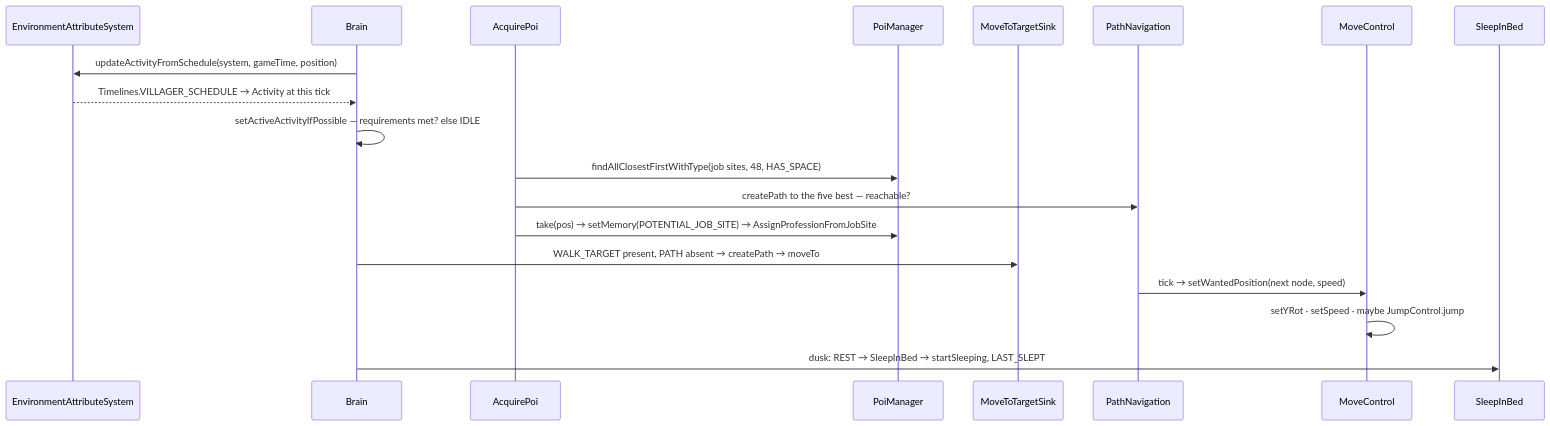
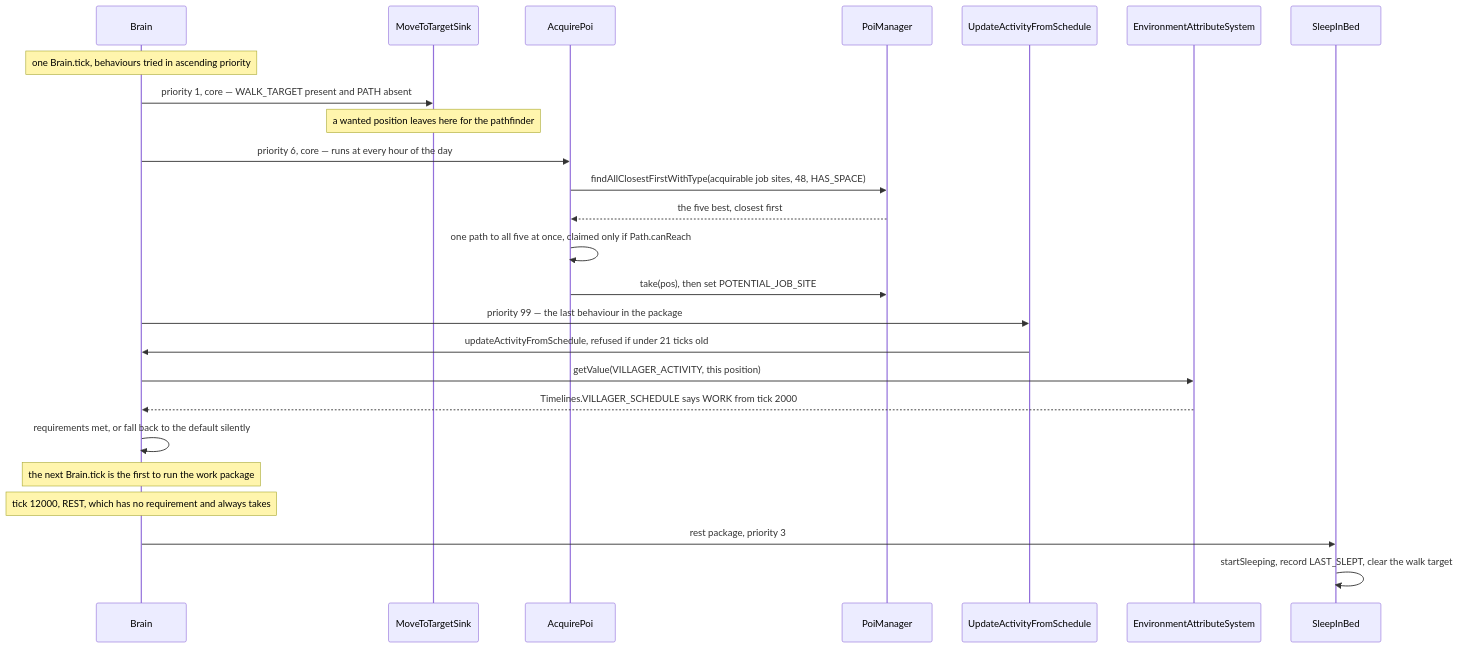
Before and after one commit to AlexanderjFraser/MinecraftDocs: the second of 2 diagrams in src/systems/entities/ai-goals-and-brains.md, drawn with Mermaid. The commit also changed other lines of this file and 22 other files, not shown here.

````diff
--- a/src/systems/entities/ai-goals-and-brains.md
+++ b/src/systems/entities/ai-goals-and-brains.md
@@ -197,22 +295,28 @@
 ```mermaid
 sequenceDiagram
-    participant EA as EnvironmentAttributeSystem
-    participant BR as Brain
+    participant Brain as Brain
+    participant MTS as MoveToTargetSink
     participant AP as AcquirePoi
     participant PM as PoiManager
-    participant MT as MoveToTargetSink
-    participant NAV as PathNavigation
-    participant MC as MoveControl
-    participant SB as SleepInBed
+    participant UAFS as UpdateActivityFromSchedule
+    participant EAS as EnvironmentAttributeSystem
+    participant SIB as SleepInBed
 
-    BR->>EA: updateActivityFromSchedule(system, gameTime, position)
-    EA-->>BR: Timelines.VILLAGER_SCHEDULE → Activity at this tick
-    BR->>BR: setActiveActivityIfPossible — requirements met? else IDLE
-    AP->>PM: findAllClosestFirstWithType(job sites, 48, HAS_SPACE)
-    AP->>NAV: createPath to the five best — reachable?
-    AP->>PM: take(pos) → setMemory(POTENTIAL_JOB_SITE) → AssignProfessionFromJobSite
-    BR->>MT: WALK_TARGET present, PATH absent → createPath → moveTo
-    NAV->>MC: tick → setWantedPosition(next node, speed)
-    MC->>MC: setYRot · setSpeed · maybe JumpControl.jump
-    BR->>SB: dusk: REST → SleepInBed → startSleeping, LAST_SLEPT
+    Note over Brain: one Brain.tick, behaviours tried in ascending priority
+    Brain->>MTS: priority 1, core — WALK_TARGET present and PATH absent
+    Note over MTS: a wanted position leaves here for the pathfinder
+    Brain->>AP: priority 6, core — runs at every hour of the day
+    AP->>PM: findAllClosestFirstWithType(acquirable job sites, 48, HAS_SPACE)
+    PM-->>AP: the five best, closest first
+    AP->>AP: one path to all five at once, claimed only if Path.canReach
+    AP->>PM: take(pos), then set POTENTIAL_JOB_SITE
+    Brain->>UAFS: priority 99 — the last behaviour in the package
+    UAFS->>Brain: updateActivityFromSchedule, refused if under 21 ticks old
+    Brain->>EAS: getValue(VILLAGER_ACTIVITY, this position)
+    EAS-->>Brain: Timelines.VILLAGER_SCHEDULE says WORK from tick 2000
+    Brain->>Brain: requirements met, or fall back to the default silently
+    Note over Brain: the next Brain.tick is the first to run the work package
+    Note over Brain: tick 12000, REST, which has no requirement and always takes
+    Brain->>SIB: rest package, priority 3
+    SIB->>SIB: startSleeping, record LAST_SLEPT, clear the walk target
 ```
````
